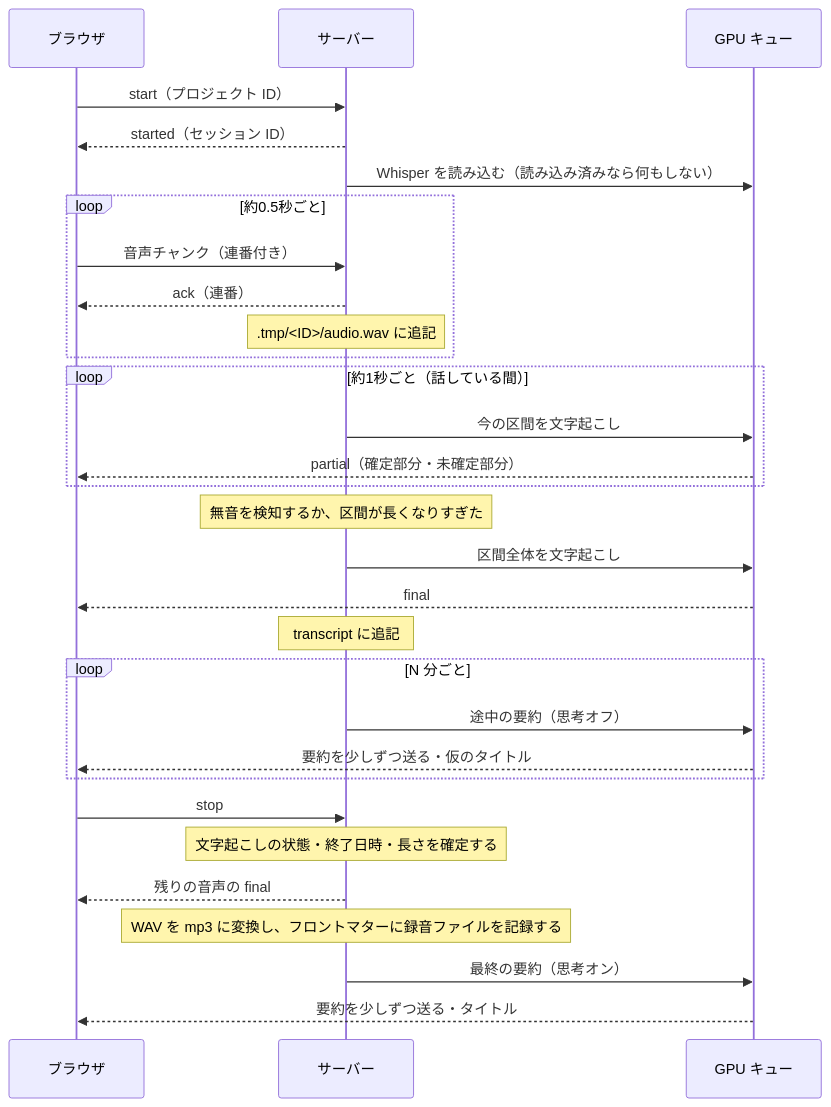
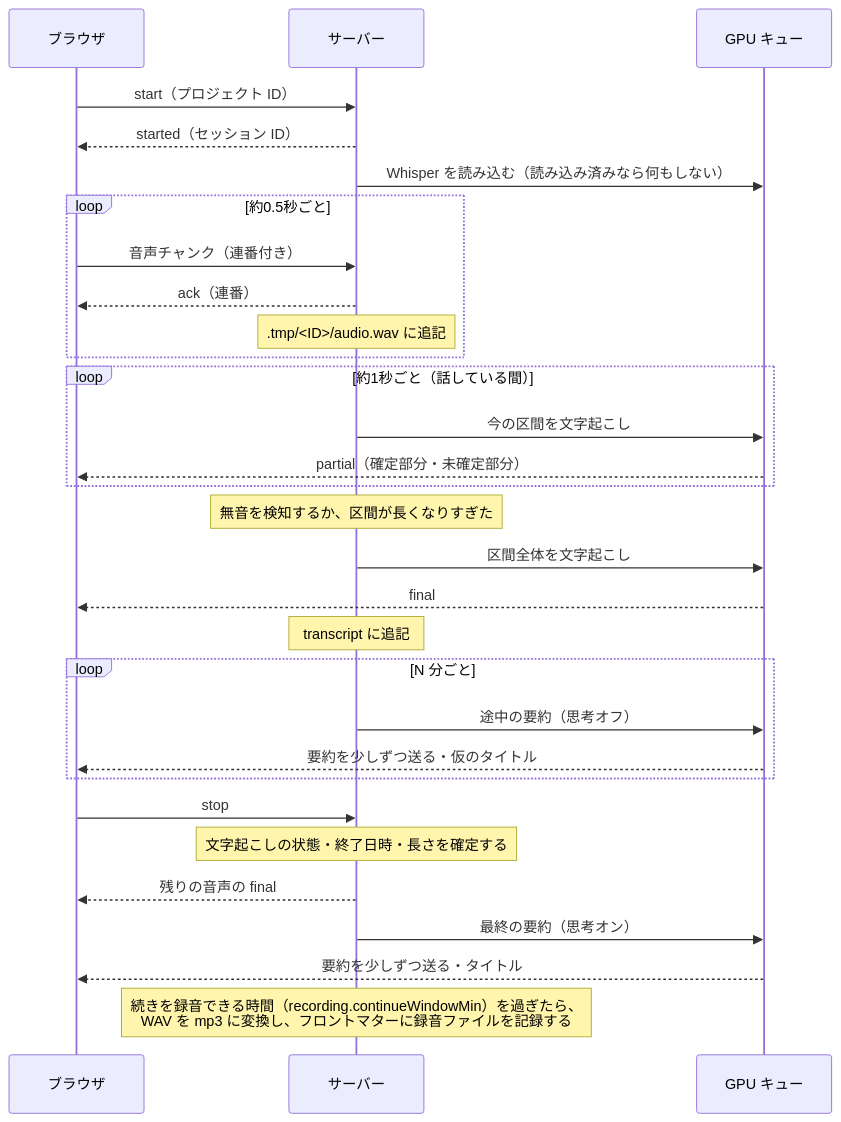
The third of 4 diagrams in docs/spec.md (Studio-Takumi/remote-whisper), drawn with Mermaid before and after one commit. The commit also changed other lines of this file and 7 other files, not shown here.

First line of the commit message:
Use the whole recording while it is a WAV, put a cancelled summary back, and fix the leftovers from review

````diff
--- a/docs/spec.md
+++ b/docs/spec.md
@@ -461,32 +461,32 @@
 ```mermaid
 sequenceDiagram
     participant B as ブラウザ
     participant S as サーバー
     participant Q as GPU キュー
     B->>S: start（プロジェクト ID）
     S-->>B: started（セッション ID）
     S->>Q: Whisper を読み込む（読み込み済みなら何もしない）
     loop 約0.5秒ごと
         B->>S: 音声チャンク（連番付き）
         S-->>B: ack（連番）
         Note over S: .tmp/<ID>/audio.wav に追記
     end
     loop 約1秒ごと（話している間）
         S->>Q: 今の区間を文字起こし
         Q-->>B: partial（確定部分・未確定部分）
     end
     Note over S: 無音を検知するか、区間が長くなりすぎた
     S->>Q: 区間全体を文字起こし
     Q-->>B: final
     Note over S: transcript に追記
     loop N 分ごと
         S->>Q: 途中の要約（思考オフ）
         Q-->>B: 要約を少しずつ送る・仮のタイトル
     end
     B->>S: stop
     Note over S: 文字起こしの状態・終了日時・長さを確定する
     S-->>B: 残りの音声の final
-    Note over S: WAV を mp3 に変換し、フロントマターに録音ファイルを記録する
     S->>Q: 最終の要約（思考オン）
     Q-->>B: 要約を少しずつ送る・タイトル
+    Note over S: 続きを録音できる時間（recording.continueWindowMin）を過ぎたら、<br/>WAV を mp3 に変換し、フロントマターに録音ファイルを記録する
 ```
````
